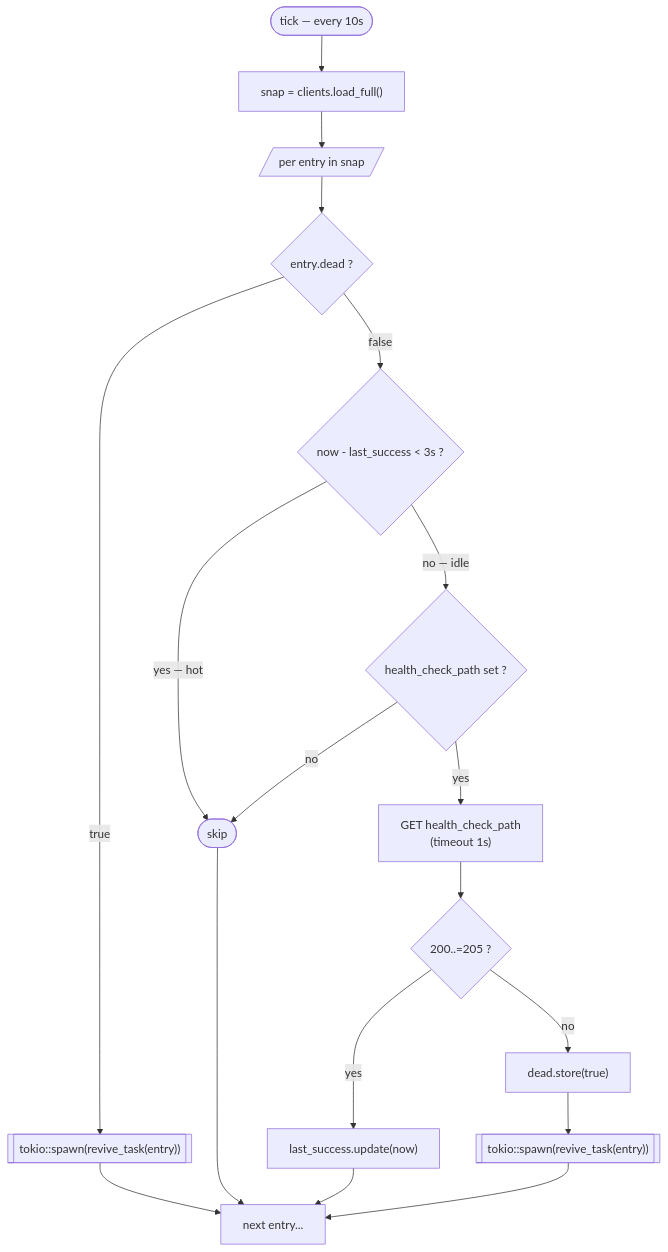
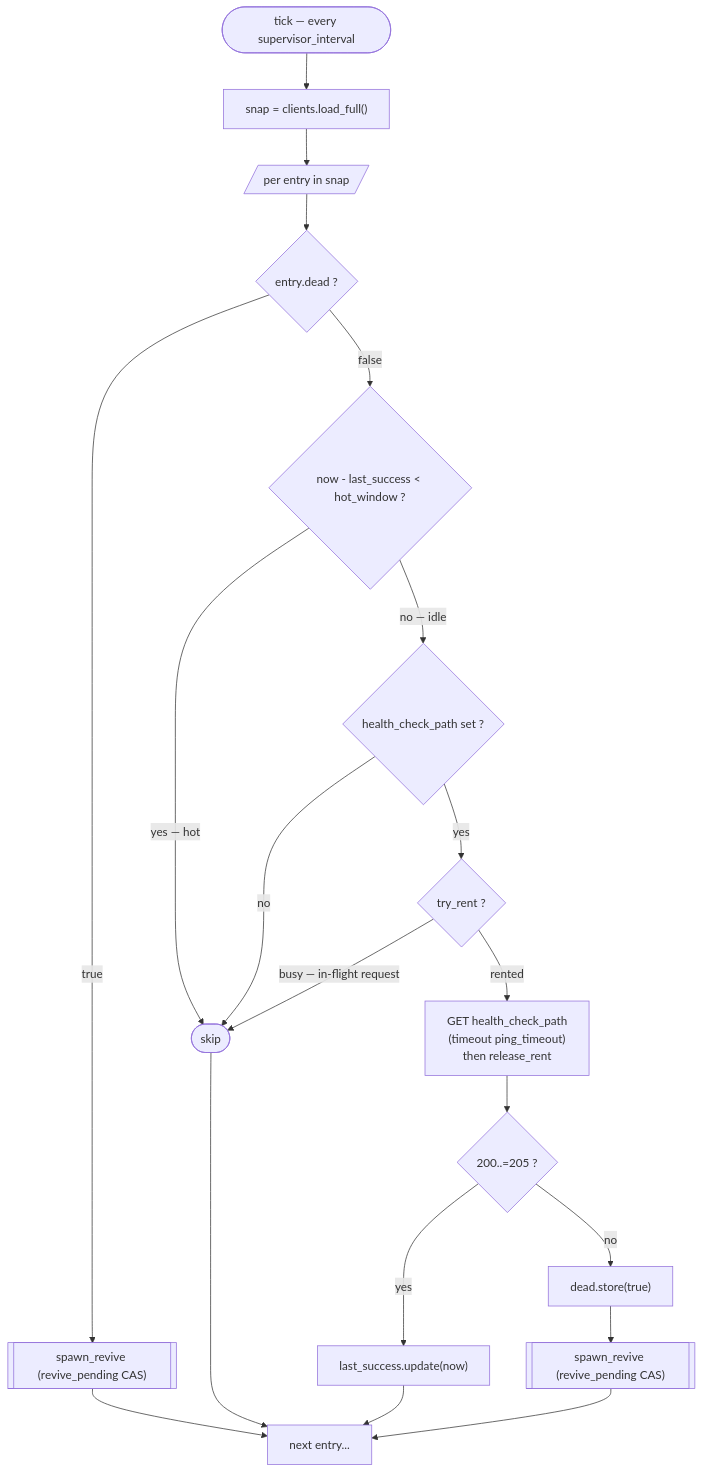
Before and after one commit to MyJetTools/my-reverse-proxy: the third of 10 diagrams in docs/h1-pool.md, drawn with Mermaid. The commit also changed other lines of this file and 23 other files, not shown here.

````diff
--- a/docs/h1-pool.md
+++ b/docs/h1-pool.md
@@ -147,25 +162,27 @@
 ```mermaid
 flowchart TD
-    Tick([tick — every 10s]) --> Snap["snap = clients.load_full()"]
+    Tick([tick — every supervisor_interval]) --> Snap["snap = clients.load_full()"]
     Snap --> Iter[/per entry in snap/]
 
     Iter --> EntryCheck{entry.dead ?}
-    EntryCheck -->|true| SpawnRevive[["tokio::spawn(revive_task(entry))"]]
-    EntryCheck -->|false| AgeCheck{now - last_success < 3s ?}
+    EntryCheck -->|true| SpawnRevive[["spawn_revive (revive_pending CAS)"]]
+    EntryCheck -->|false| AgeCheck{now - last_success < hot_window ?}
 
     AgeCheck -->|yes — hot| Skip([skip])
     AgeCheck -->|no — idle| PathConfigured{health_check_path set ?}
     PathConfigured -->|no| Skip
-    PathConfigured -->|yes| Ping["GET health_check_path<br/>(timeout 1s)"]
+    PathConfigured -->|yes| Rent{try_rent ?}
+    Rent -->|busy — in-flight request| Skip
+    Rent -->|rented| Ping["GET health_check_path<br/>(timeout ping_timeout)<br/>then release_rent"]
 
     Ping --> PingResult{200..=205 ?}
     PingResult -->|yes| MarkSuccess["last_success.update(now)"]
     PingResult -->|no| MarkDead["dead.store(true)"]
-    MarkDead --> SpawnRevive2[["tokio::spawn(revive_task(entry))"]]
+    MarkDead --> SpawnRevive2[["spawn_revive (revive_pending CAS)"]]
 
     SpawnRevive --> NextEntry
     SpawnRevive2 --> NextEntry
     Skip --> NextEntry
     MarkSuccess --> NextEntry
     NextEntry[next entry...]
 ```
````
